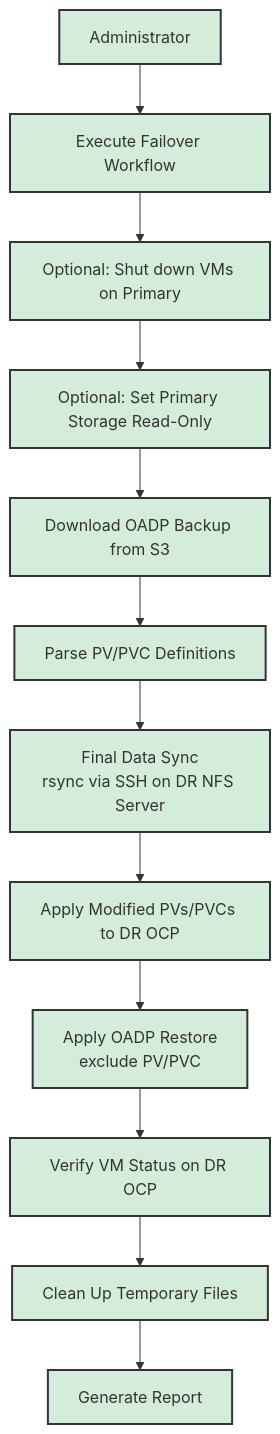
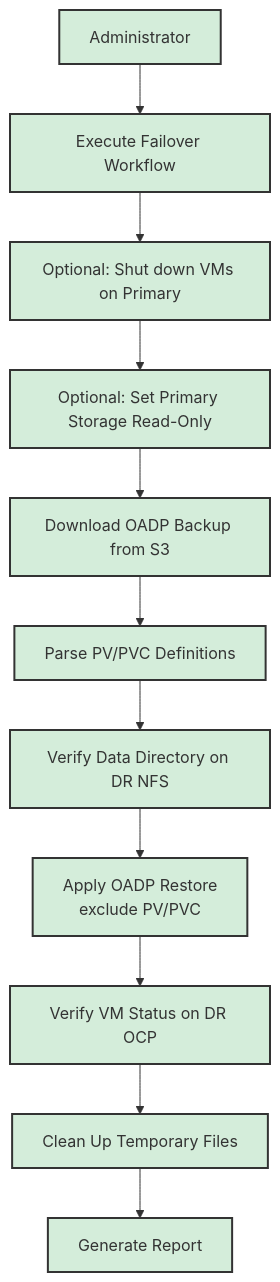
One commit to wangzheng422/ansible-dr-demo changed the third of 3 diagrams in planning/ansible-dr-design.md. Above: the diagram before and after it, drawn with Mermaid. The commit also changed other lines of this file and 1 other file, not shown here.

````diff
--- a/planning/ansible-dr-design.md
+++ b/planning/ansible-dr-design.md
@@ -90,27 +90,25 @@
 ```mermaid
 graph TD
     I[Administrator] --> J[Execute Failover Workflow];
     J --> K[Optional: Shut down VMs on Primary];
     K --> L[Optional: Set Primary Storage Read-Only];
     L --> M[Download OADP Backup from S3];
     M --> N[Parse PV/PVC Definitions];
-    N --> O[Final Data Sync<br>rsync via SSH on DR NFS Server];
-    O --> P[Apply Modified PVs/PVCs to DR OCP];
-    P --> Q[Apply OADP Restore<br>exclude PV/PVC];
+    N --> O[Verify Data Directory on DR NFS];
+    O --> Q[Apply OADP Restore<br>exclude PV/PVC];
     Q --> R[Verify VM Status on DR OCP];
     R --> T[Clean Up Temporary Files];
     T --> U[Generate Report];
 
     style I fill:#d4edda,stroke:#333,stroke-width:2px
     style J fill:#d4edda,stroke:#333,stroke-width:2px
     style K fill:#d4edda,stroke:#333,stroke-width:2px
     style L fill:#d4edda,stroke:#333,stroke-width:2px
     style M fill:#d4edda,stroke:#333,stroke-width:2px
     style N fill:#d4edda,stroke:#333,stroke-width:2px
     style O fill:#d4edda,stroke:#333,stroke-width:2px
-    style P fill:#d4edda,stroke:#333,stroke-width:2px
     style Q fill:#d4edda,stroke:#333,stroke-width:2px
     style R fill:#d4edda,stroke:#333,stroke-width:2px
     style T fill:#d4edda,stroke:#333,stroke-width:2px
     style U fill:#d4edda,stroke:#333,stroke-width:2px
 ```
````
